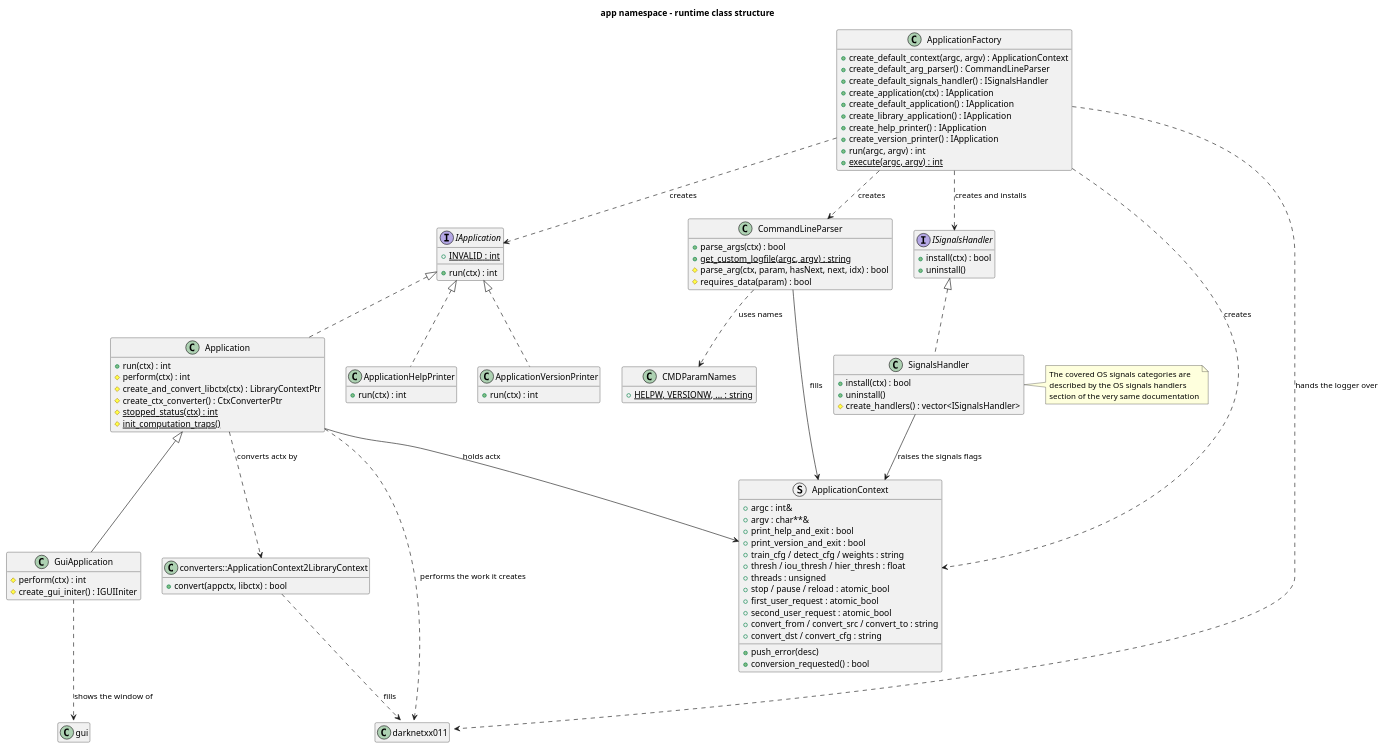
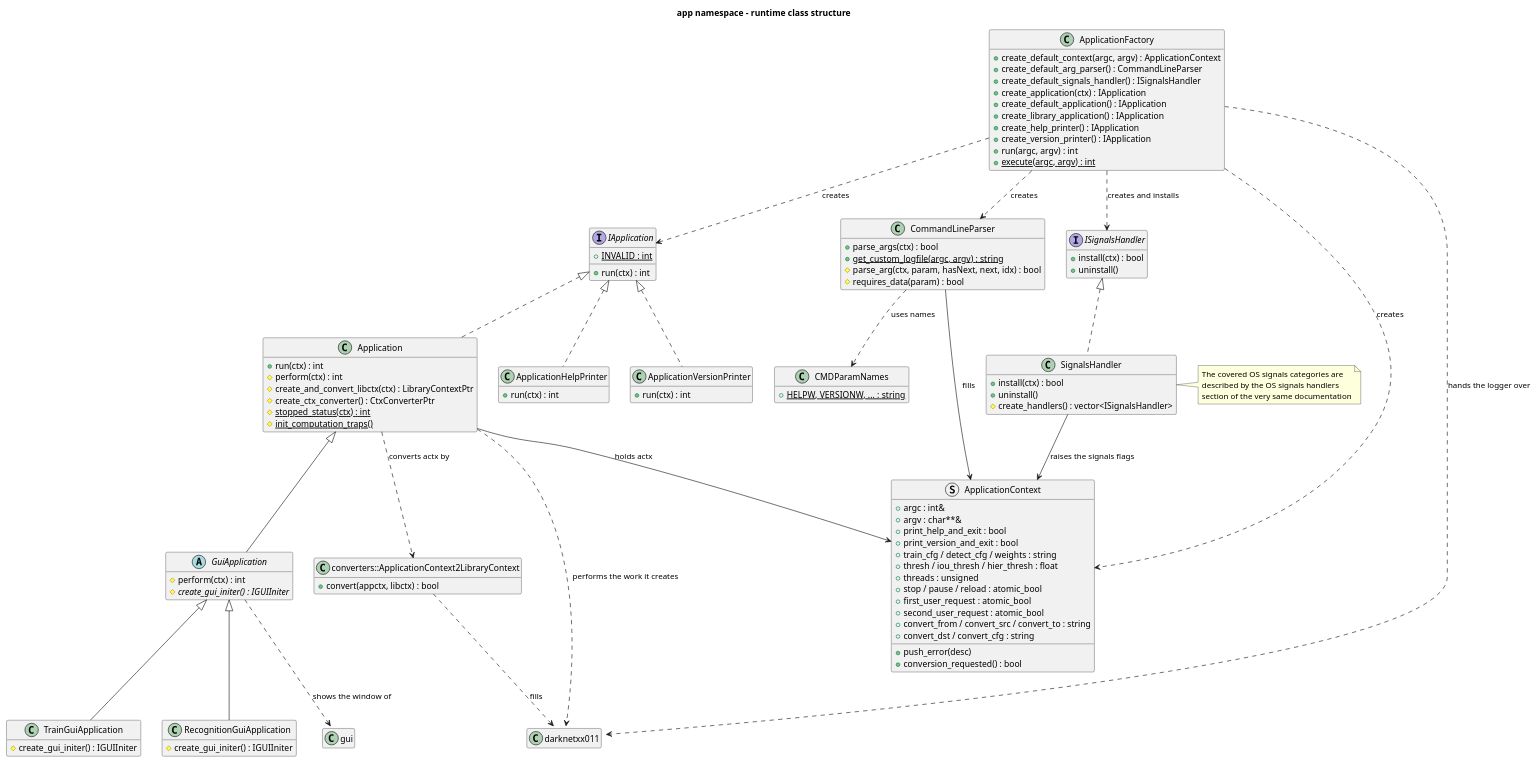
The diagram in doc/diagrams/application-runtime-classes.puml (yuriysydor1991/darknetxx), drawn with PlantUML before and after one commit. The commit also changed 40 other files, not shown here.

```diff
--- a/doc/diagrams/application-runtime-classes.puml
+++ b/doc/diagrams/application-runtime-classes.puml
@@ -1,116 +1,126 @@
 @startuml application-runtime-classes
 title app namespace - runtime class structure
 
 skinparam shadowing false
 hide empty members
 
 interface IApplication {
   +run(ctx) : int
   +{static} INVALID : int
 }
 
 class Application {
   +run(ctx) : int
   #perform(ctx) : int
   #create_and_convert_libctx(ctx) : LibraryContextPtr
   #create_ctx_converter() : CtxConverterPtr
   #{static} stopped_status(ctx) : int
   #{static} init_computation_traps()
 }
 
-class GuiApplication {
+abstract class GuiApplication {
   #perform(ctx) : int
+  #{abstract} create_gui_initer() : IGUIIniter
+}
+
+class TrainGuiApplication {
+  #create_gui_initer() : IGUIIniter
+}
+
+class RecognitionGuiApplication {
   #create_gui_initer() : IGUIIniter
 }
 
 class "converters::ApplicationContext2LibraryContext" as ApplicationContext2LibraryContext {
   +convert(appctx, libctx) : bool
 }
 
 class ApplicationHelpPrinter {
   +run(ctx) : int
 }
 
 class ApplicationVersionPrinter {
   +run(ctx) : int
 }
 
 class ApplicationFactory {
   +create_default_context(argc, argv) : ApplicationContext
   +create_default_arg_parser() : CommandLineParser
   +create_default_signals_handler() : ISignalsHandler
   +create_application(ctx) : IApplication
   +create_default_application() : IApplication
   +create_library_application() : IApplication
   +create_help_printer() : IApplication
   +create_version_printer() : IApplication
   +run(argc, argv) : int
   +{static} execute(argc, argv) : int
 }
 
 class CommandLineParser {
   +parse_args(ctx) : bool
   +{static} get_custom_logfile(argc, argv) : string
   #parse_arg(ctx, param, hasNext, next, idx) : bool
   #requires_data(param) : bool
 }
 
 class CMDParamNames {
   +{static} HELPW, VERSIONW, ... : string
 }
 
 interface ISignalsHandler {
   +install(ctx) : bool
   +uninstall()
 }
 
 class SignalsHandler {
   +install(ctx) : bool
   +uninstall()
   #create_handlers() : vector<ISignalsHandler>
 }
 
 note right of SignalsHandler
   The covered OS signals categories are
   described by the OS signals handlers
   section of the very same documentation
 end note
 
 struct ApplicationContext {
   +argc : int&
   +argv : char**&
   +print_help_and_exit : bool
   +print_version_and_exit : bool
   +train_cfg / detect_cfg / weights : string
   +thresh / iou_thresh / hier_thresh : float
   +threads : unsigned
   +stop / pause / reload : atomic_bool
   +first_user_request : atomic_bool
   +second_user_request : atomic_bool
   +convert_from / convert_src / convert_to : string
   +convert_dst / convert_cfg : string
   +push_error(desc)
   +conversion_requested() : bool
 }
 
 IApplication <|.. Application
 IApplication <|.. ApplicationHelpPrinter
 IApplication <|.. ApplicationVersionPrinter
 Application <|-- GuiApplication
+GuiApplication <|-- TrainGuiApplication
+GuiApplication <|-- RecognitionGuiApplication
 ISignalsHandler <|.. SignalsHandler
 
 ApplicationFactory ..> IApplication : creates
 ApplicationFactory ..> CommandLineParser : creates
 ApplicationFactory ..> ApplicationContext : creates
 ApplicationFactory ..> ISignalsHandler : creates and installs
 CommandLineParser ..> CMDParamNames : uses names
 CommandLineParser --> ApplicationContext : fills
 Application --> ApplicationContext : holds actx
 SignalsHandler --> ApplicationContext : raises the signals flags
 Application ..> ApplicationContext2LibraryContext : converts actx by
 ApplicationContext2LibraryContext ..> "darknetxx011::LibraryContext" : fills
 Application ..> "darknetxx011::LibraryFacade" : performs the work it creates
 GuiApplication ..> "gui::IGUIIniter" : shows the window of
 ApplicationFactory ..> "darknetxx011::LibraryFacade" : hands the logger over
 
 @enduml
```
